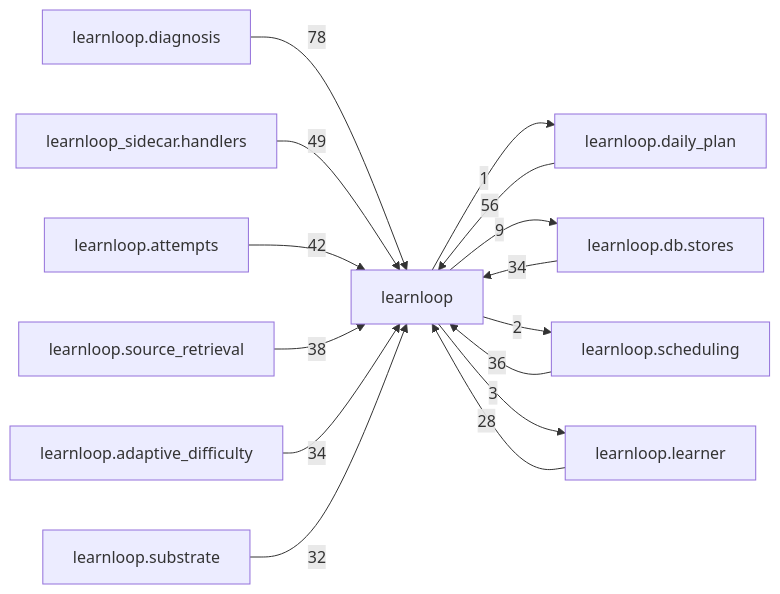
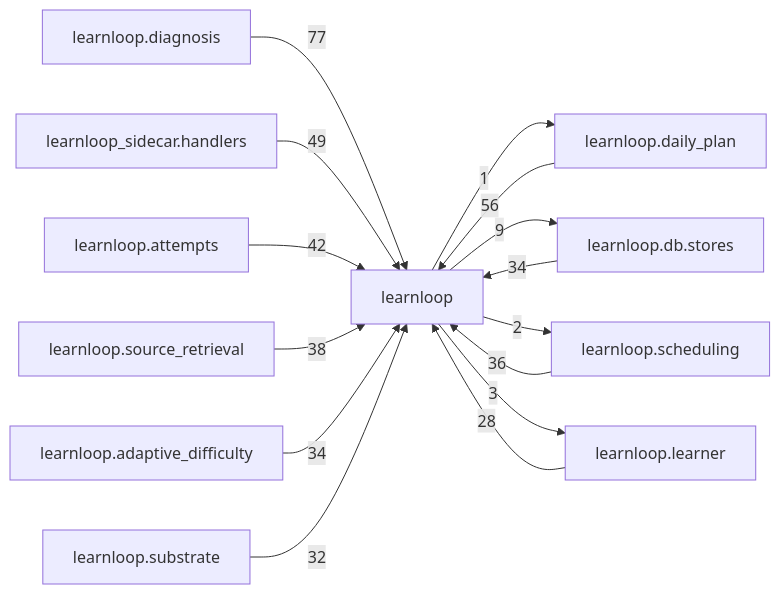
One commit to 6up-b/learnanything changed the diagram in docs/learnloop-architecture-vault/Reference/Modules/learnloop/_package.md. Above: the diagram before and after it, drawn with Mermaid. The commit also changed other lines of this file and 46 other files, not shown here.

````diff
--- a/docs/learnloop-architecture-vault/Reference/Modules/learnloop/_package.md
+++ b/docs/learnloop-architecture-vault/Reference/Modules/learnloop/_package.md
@@ -259,28 +259,28 @@
 ```mermaid
 flowchart LR
     center["learnloop"]
     n_learnloop_diagnosis["learnloop.diagnosis"]
     n_learnloop_daily_plan["learnloop.daily_plan"]
     n_learnloop_sidecar_handlers["learnloop_sidecar.handlers"]
     n_learnloop_db_stores["learnloop.db.stores"]
     n_learnloop_attempts["learnloop.attempts"]
     n_learnloop_scheduling["learnloop.scheduling"]
     n_learnloop_source_retrieval["learnloop.source_retrieval"]
     n_learnloop_adaptive_difficulty["learnloop.adaptive_difficulty"]
     n_learnloop_substrate["learnloop.substrate"]
     n_learnloop_learner["learnloop.learner"]
-    n_learnloop_diagnosis -->|78| center
+    n_learnloop_diagnosis -->|77| center
     n_learnloop_daily_plan -->|56| center
     center -->|1| n_learnloop_daily_plan
     n_learnloop_sidecar_handlers -->|49| center
     n_learnloop_db_stores -->|34| center
     center -->|9| n_learnloop_db_stores
     n_learnloop_attempts -->|42| center
     n_learnloop_scheduling -->|36| center
     center -->|2| n_learnloop_scheduling
     n_learnloop_source_retrieval -->|38| center
     n_learnloop_adaptive_difficulty -->|34| center
     n_learnloop_substrate -->|32| center
     n_learnloop_learner -->|28| center
     center -->|3| n_learnloop_learner
 ```
````
